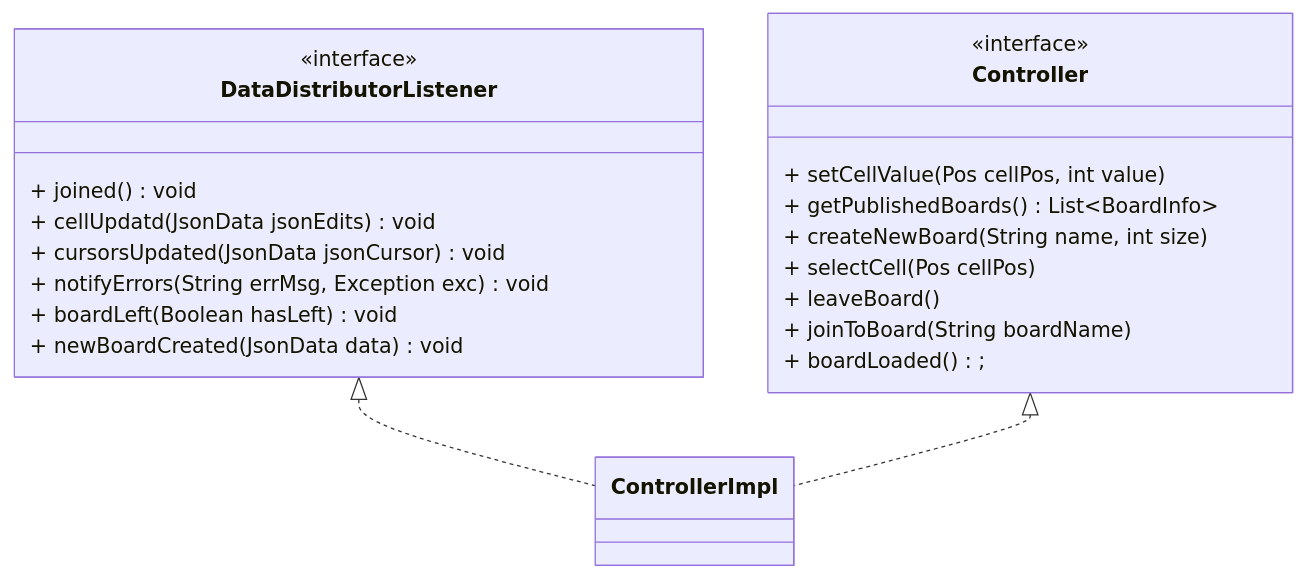
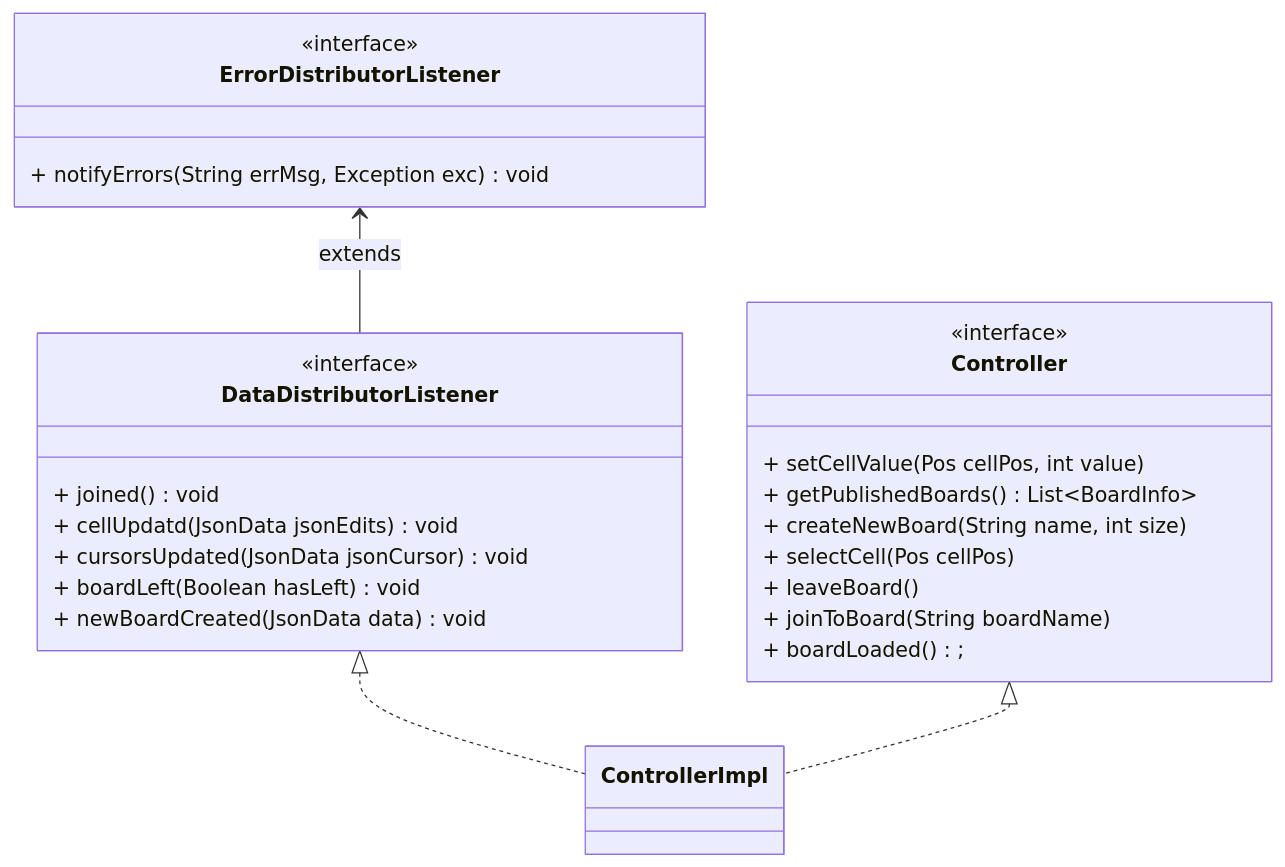
The second of 8 diagrams in README.md (TeoV00/coop-sudoku-pcd), drawn with Mermaid before and after one commit. The commit also changed other lines of this file, not shown here.

````diff
--- a/README.md
+++ b/README.md
@@ -51,29 +51,35 @@
 ``` mermaid
 classDiagram
 
 DataDistributorListener <|.. ControllerImpl
 Controller <|.. ControllerImpl
+
+ErrorDistributorListener <-- DataDistributorListener : extends
+
+class ErrorDistributorListener {
+  <<interface>>
+  + notifyErrors(String errMsg, Exception exc) void
+}
 
 class DataDistributorListener {
   <<interface>>
 
   + joined() void
   + cellUpdatd(JsonData jsonEdits) void 
   + cursorsUpdated(JsonData jsonCursor) void
-  + notifyErrors(String errMsg, Exception exc) void
   + boardLeft(Boolean hasLeft) void
   + newBoardCreated(JsonData data) void
 }
 
 class Controller {
   <<interface>>
   + setCellValue(Pos cellPos, int value)
   + getPublishedBoards() List~BoardInfo~
   + createNewBoard(String name, int size)
   + selectCell(Pos cellPos)
   + leaveBoard()
   + joinToBoard(String boardName)
   + boardLoaded();
 }
 
 ```
````
